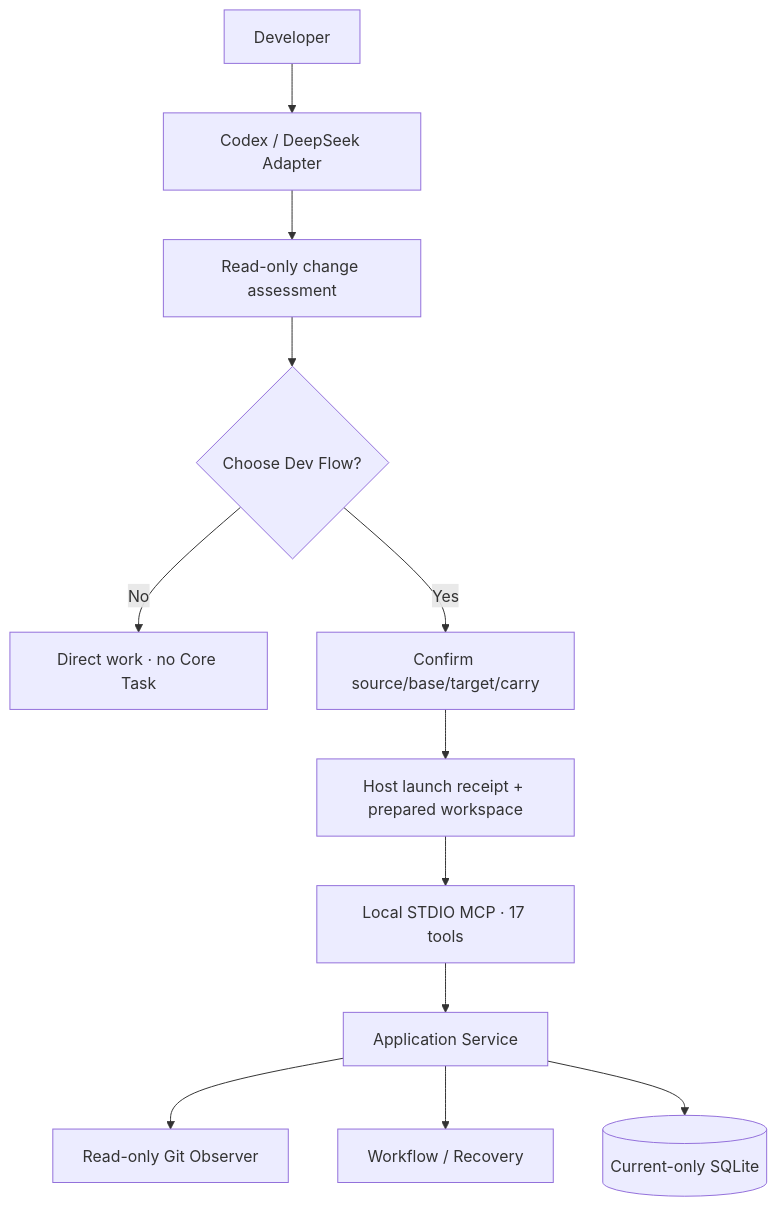
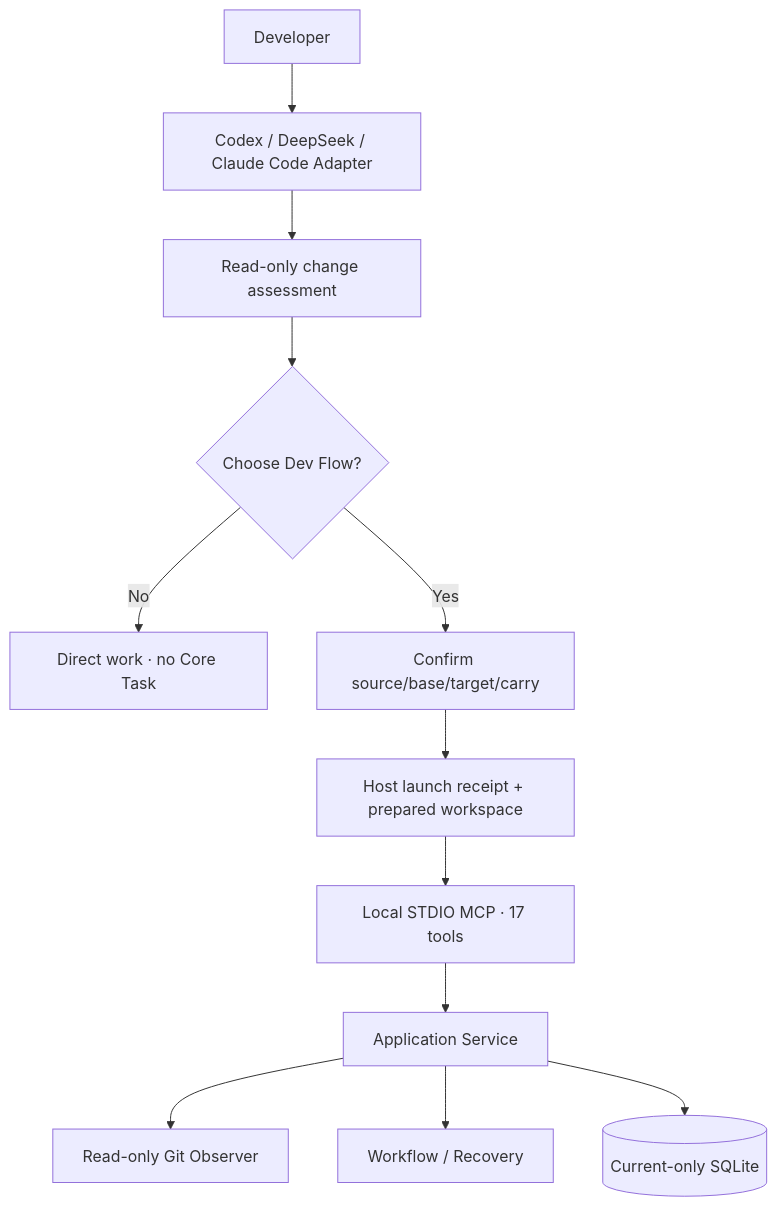
One commit to Innocent-children/dev-flow changed the diagram in docs/ARCHITECTURE_en.md. Above: the diagram before and after it, drawn with Mermaid. The commit also changed other lines of this file and 184 other files, not shown here.

Commit message:
feat: support Claude Code

````diff
--- a/docs/ARCHITECTURE_en.md
+++ b/docs/ARCHITECTURE_en.md
@@ -16,14 +23,14 @@
 ```mermaid
 flowchart TB
-    U[Developer] --> H[Codex / DeepSeek Adapter]
+    U[Developer] --> H[Codex / DeepSeek / Claude Code Adapter]
     H --> A[Read-only change assessment]
     A --> C{Choose Dev Flow?}
     C -->|No| D[Direct work · no Core Task]
     C -->|Yes| P[Confirm source/base/target/carry]
     P --> W[Host launch receipt + prepared workspace]
     W --> M[Local STDIO MCP · 17 tools]
     M --> S[Application Service]
     S --> G[Read-only Git Observer]
     S --> F[Workflow / Recovery]
     S --> DB[(Current-only SQLite)]
 ```
````
